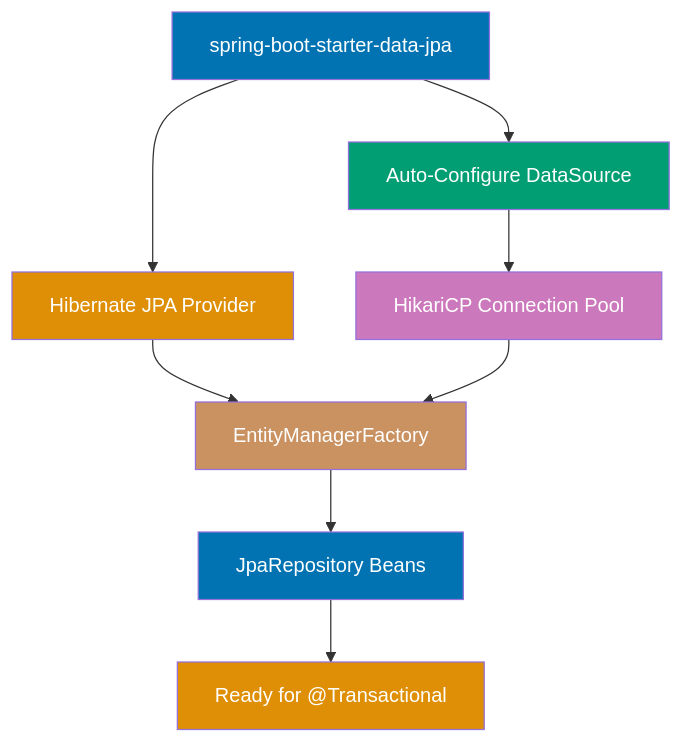
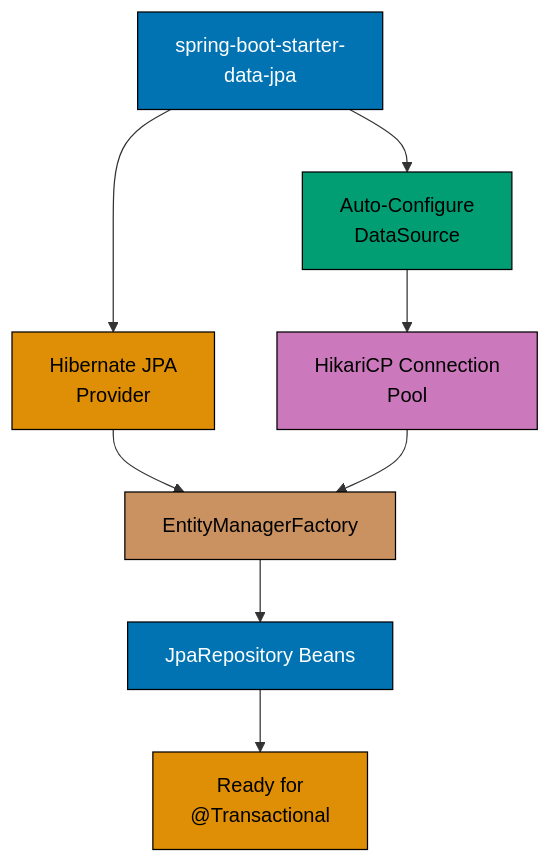
The first of 14 diagrams in apps/ayokoding-www/content/en/learn/legacy/software-engineering/platforms/web/tools/jvm-spring-boot/by-example/intermediate.md (wahidyankf/ose-public), drawn with Mermaid before and after one commit. The commit also changed other lines of this file and 130 other files, not shown here.

First line of the commit message:
fix(mermaid): bring the legacy platforms diagrams onto the accessible palette

````diff
--- a/apps/ayokoding-www/content/en/learn/legacy/software-engineering/platforms/web/tools/jvm-spring-boot/by-example/intermediate.md
+++ b/apps/ayokoding-www/content/en/learn/legacy/software-engineering/platforms/web/tools/jvm-spring-boot/by-example/intermediate.md
@@ -26,19 +26,27 @@
 ```mermaid
 %% Color Palette: Blue #0173B2, Orange #DE8F05, Teal #029E73, Purple #CC78BC, Brown #CA9161
 graph TD
-    Starter["spring-boot-starter-data-jpa"] --> Hibernate["Hibernate JPA Provider"]
-    Starter --> DataSource["Auto-Configure DataSource"]
-    DataSource --> Pool["HikariCP Connection Pool"]
+    accTitle: Example 21: @Transactional Basics
+    accDescr: Graph with 7 nodes and 7 connections. Nodes: spring-boot-starter- data-jpa, Hibernate JPA Provider, Auto-Configure DataSource, HikariCP Connection Pool, EntityManagerFactory, JpaRepository Beans, Ready for @Transactional. Connections: spring-boot-starter- data-jpa to Hibernate JPA Provider, spring-boot-starter- data-jpa to Auto-Configure DataSource, Auto-Configure DataSource to HikariCP Connection Pool, Hibernate JPA Provider to EntityManagerFactory, HikariCP Connection Pool to EntityManagerFactory, EntityManagerFactory to JpaRepository Beans, JpaRepository Beans to Ready for @Transactional.
+    Starter["spring-boot-starter-<br/>data-jpa"] --> Hibernate["Hibernate JPA<br/>Provider"]
+    Starter --> DataSource["Auto-Configure<br/>DataSource"]
+    DataSource --> Pool["HikariCP Connection<br/>Pool"]
     Hibernate --> EMF["EntityManagerFactory"]
     Pool --> EMF
     EMF --> Repos["JpaRepository Beans"]
-    Repos --> Ready["Ready for @Transactional"]
+    Repos --> Ready["Ready for<br/>@Transactional"]
 
-    style Starter fill:#0173B2,color:#fff
-    style Hibernate fill:#DE8F05,color:#fff
-    style DataSource fill:#029E73,color:#fff
-    style Pool fill:#CC78BC,color:#fff
-    style EMF fill:#CA9161,color:#fff
-    style Repos fill:#0173B2,color:#fff
-    style Ready fill:#DE8F05,color:#fff
+    classDef pal-0173B2 fill:#0173B2,stroke:#000000,color:#FFFFFF
+    class Starter pal-0173B2
+    classDef pal-DE8F05 fill:#DE8F05,stroke:#000000,color:#000000
+    class Hibernate pal-DE8F05
+    classDef pal-029E73 fill:#029E73,stroke:#000000,color:#000000
+    class DataSource pal-029E73
+    classDef pal-CC78BC fill:#CC78BC,stroke:#000000,color:#000000
+    class Pool pal-CC78BC
+    classDef pal-CA9161 fill:#CA9161,stroke:#000000,color:#000000
+    class EMF pal-CA9161
+    class Repos pal-0173B2
+    class Ready pal-DE8F05
+    classDef default fill:#FFFFFF,stroke:#000000,color:#000000
 ```
````
